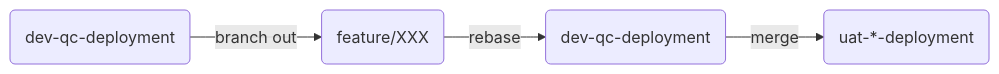
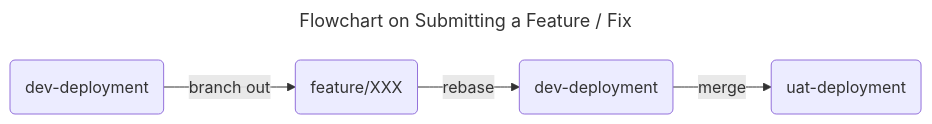
One commit to adamwan-nexplore/guidebook-nxp-hk changed the first of 3 diagrams in how-we-develop/git-workflow.md. Above: the diagram before and after it, drawn with Mermaid. The commit also changed other lines of this file and 30 other files, not shown here.

````diff
--- a/how-we-develop/git-workflow.md
+++ b/how-we-develop/git-workflow.md
@@ -10,6 +9,12 @@
 ```mermaid
+---
+title: Flowchart on Submitting a Feature / Fix
+---
 flowchart LR
-    base(dev-qc-deployment) -->|branch out| feature(feature/XXX)
-    feature -->|rebase| newbase(dev-qc-deployment)
-    newbase -->|merge| candidate(uat-*-deployment)
+    base(dev-deployment)
+    feature(feature/XXX)
+    newbase(dev-deployment)
+    candidate(uat-deployment)
+
+    base -->|branch out| feature -->|rebase| newbase -->|merge| candidate(uat-deployment)
 ```
````
